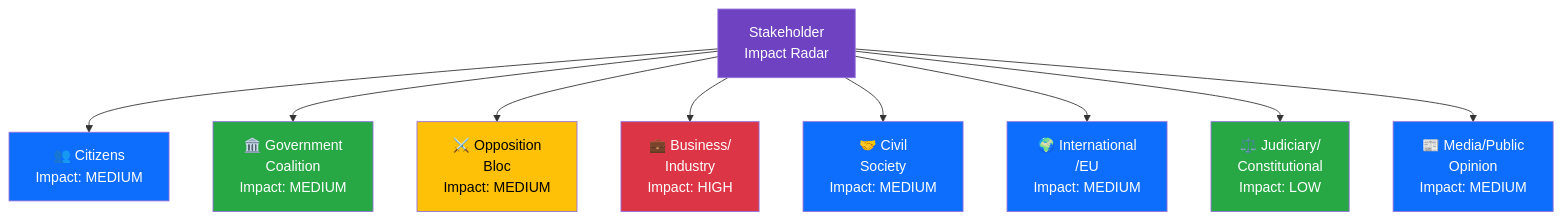
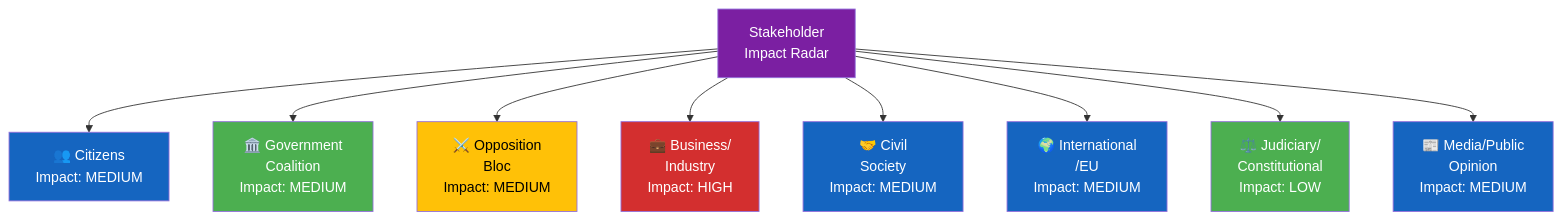
One commit to Hack23/riksdagsmonitor changed the diagram in analysis/daily/2026-04-08/evening-analysis/stakeholder-perspectives.md. Above: the diagram before and after it, drawn with Mermaid. The commit also changed 785 other files, not shown here.

First line of the commit message:
Normalize mermaid colors across 786 analysis artifacts to ISMS Style Guide palette

````diff
--- a/analysis/daily/2026-04-08/evening-analysis/stakeholder-perspectives.md
+++ b/analysis/daily/2026-04-08/evening-analysis/stakeholder-perspectives.md
@@ -11,22 +11,22 @@
 ```mermaid
 graph TD
     CENTER["Stakeholder<br/>Impact Radar"]
     CENTER --> CIT["👥 Citizens<br/>Impact: MEDIUM"]
     CENTER --> GOV["🏛️ Government<br/>Coalition<br/>Impact: MEDIUM"]
     CENTER --> OPP["⚔️ Opposition<br/>Bloc<br/>Impact: MEDIUM"]
     CENTER --> BIZ["💼 Business/<br/>Industry<br/>Impact: HIGH"]
     CENTER --> CIV["🤝 Civil<br/>Society<br/>Impact: MEDIUM"]
     CENTER --> INT["🌍 International<br/>/EU<br/>Impact: MEDIUM"]
     CENTER --> JUD["⚖️ Judiciary/<br/>Constitutional<br/>Impact: LOW"]
     CENTER --> MED["📰 Media/Public<br/>Opinion<br/>Impact: MEDIUM"]
 
-    style CENTER fill:#6f42c1,color:#fff
-    style CIT fill:#0d6efd,color:#fff
-    style GOV fill:#28a745,color:#fff
-    style OPP fill:#ffc107,color:#000
-    style BIZ fill:#dc3545,color:#fff
-    style CIV fill:#0d6efd,color:#fff
-    style INT fill:#0d6efd,color:#fff
-    style JUD fill:#28a745,color:#fff
-    style MED fill:#0d6efd,color:#fff
+    style CENTER fill:#7B1FA2,color:#FFFFFF
+    style CIT fill:#1565C0,color:#FFFFFF
+    style GOV fill:#4CAF50,color:#FFFFFF
+    style OPP fill:#FFC107,color:#000000
+    style BIZ fill:#D32F2F,color:#FFFFFF
+    style CIV fill:#1565C0,color:#FFFFFF
+    style INT fill:#1565C0,color:#FFFFFF
+    style JUD fill:#4CAF50,color:#FFFFFF
+    style MED fill:#1565C0,color:#FFFFFF
 ```
````
